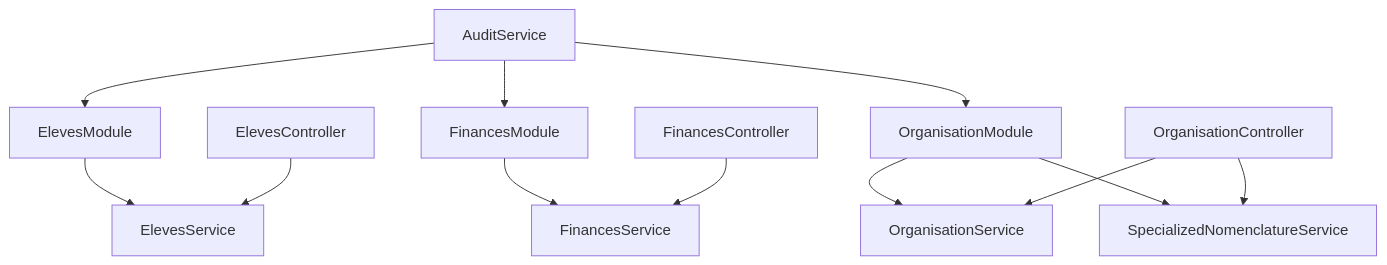
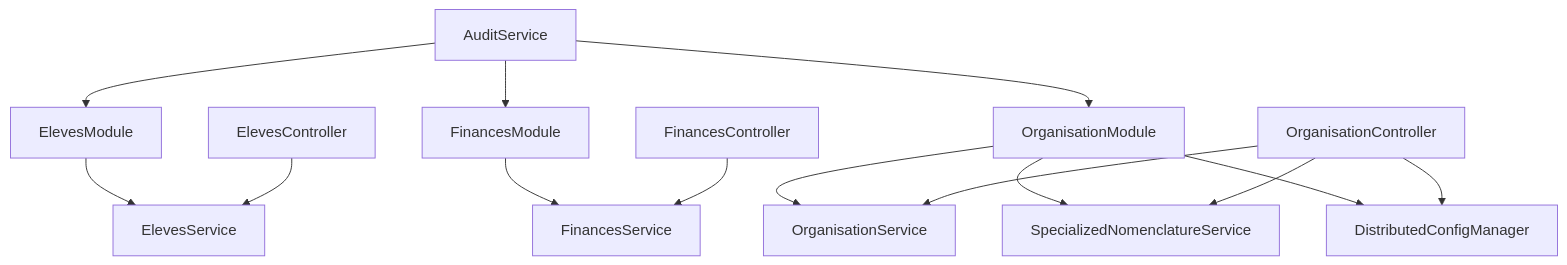
Before and after one commit to franckylab/eLISAschool: diagram 16 of 19 in .qoder/repowiki/en/content/System Architecture/Backend Architecture/Backend Architecture.md, drawn with Mermaid. The commit also changed other lines of this file and 262 other files, not shown here.

First line of the commit message:
refactor(architecture): améliorer gestion distribuée de la configuration et délégation contrôleur

````diff
--- a/.qoder/repowiki/en/content/System Architecture/Backend Architecture/Backend Architecture.md
+++ b/.qoder/repowiki/en/content/System Architecture/Backend Architecture/Backend Architecture.md
@@ -515,14 +625,16 @@
 ```mermaid
 graph TB
 ModA["ElevesModule"] --> ProvA["ElevesService"]
 ModB["FinancesModule"] --> ProvB["FinancesService"]
 ModC["OrganisationModule"] --> ProvC["OrganisationService"]
 ModC --> ProvD["SpecializedNomenclatureService"]
+ModC --> ProvE["DistributedConfigManager"]
 Shared["AuditService"] --> ModA
 Shared --> ModB
 Shared --> ModC
 CtrlA["ElevesController"] --> ProvA
 CtrlB["FinancesController"] --> ProvB
 CtrlC["OrganisationController"] --> ProvC
 CtrlC --> ProvD
+CtrlC --> ProvE
 ```
````
